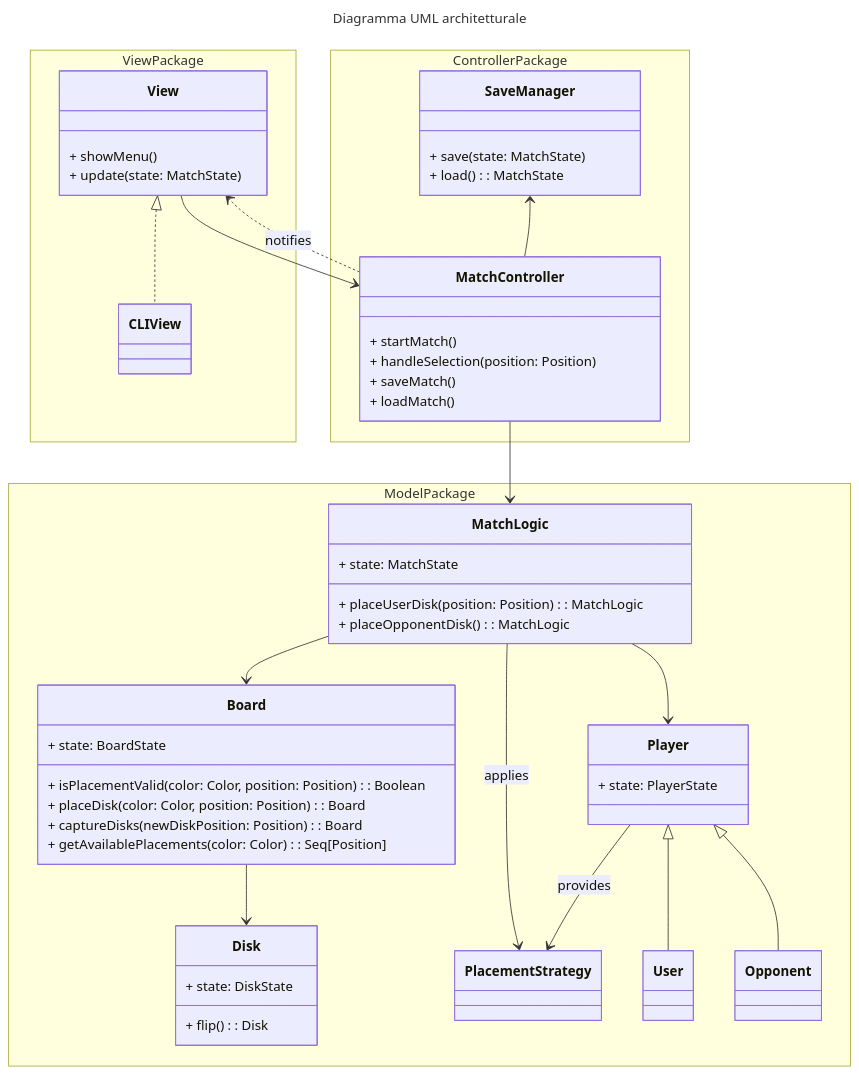
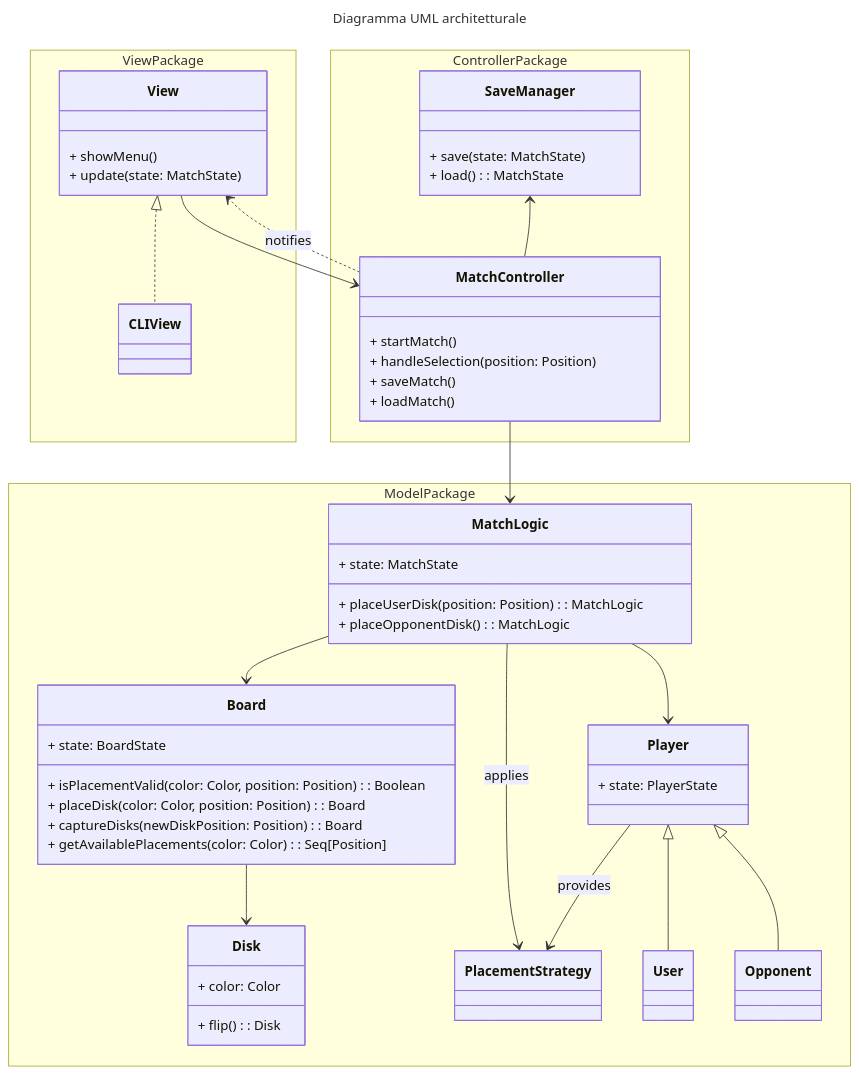
The first of 3 diagrams in docs/report/4-architectural-design.md (Borgotto/PPS-25-scalatello), drawn with Mermaid before and after one commit.

Commit message:
Refactor: Disk in architectural design
- Remove state
- Add color

````diff
--- a/docs/report/4-architectural-design.md
+++ b/docs/report/4-architectural-design.md
@@ -15,67 +15,67 @@
 ```mermaid
 ---
 title: Diagramma UML architetturale
 ---
 classDiagram
   namespace ViewPackage {
     class View {
       + showMenu()
       + update(state: MatchState)
     }
     class CLIView
   }
   namespace ControllerPackage {
     class MatchController {
       + startMatch()
       + handleSelection(position: Position)
       + saveMatch()
       + loadMatch()
     }
     class SaveManager {
       + save(state: MatchState)
       + load(): MatchState
     }
   }
   namespace ModelPackage {
     class MatchLogic {
       + state: MatchState
       + placeUserDisk(position: Position): MatchLogic
       + placeOpponentDisk(): MatchLogic
     }
     class Board {
       + state: BoardState
       + isPlacementValid(color: Color, position: Position): Boolean
       + placeDisk(color: Color, position: Position): Board
       + captureDisks(newDiskPosition: Position): Board
       + getAvailablePlacements(color: Color): Seq[Position]
     }
     class Disk {
-      + state: DiskState
+      + color: Color
       + flip(): Disk
     }
     class Player {
       + state: PlayerState
     }
     class PlacementStrategy
     class User
     class Opponent
   }
 
     MatchLogic --> Board
     MatchLogic --> Player
     MatchLogic --> PlacementStrategy: applies
 
     Player <|-- User
     Player <|-- Opponent
 
     Player --> PlacementStrategy : provides
 
     Board --> Disk
 
     View --> MatchController
     MatchController ..> View : notifies
     MatchController --> MatchLogic
     SaveManager <-- MatchController
 
     View <|.. CLIView
 ```
````
